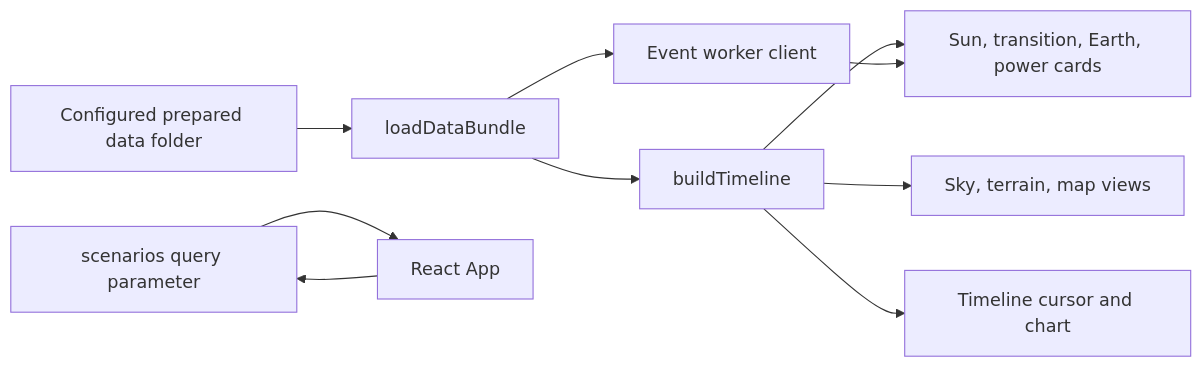
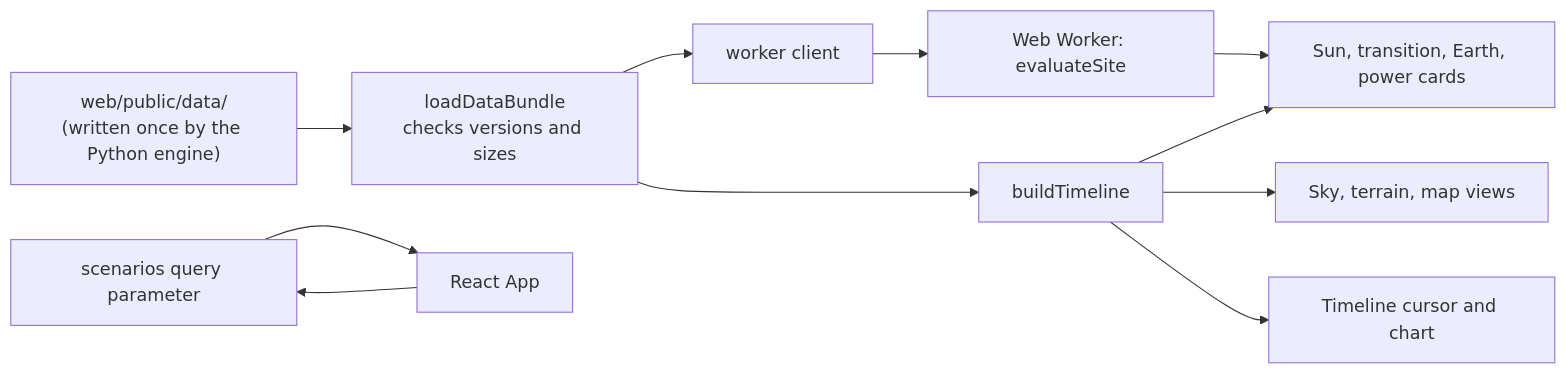
The first of 3 diagrams in docs/WEB_ARCHITECTURE.md (Yacin1102/Lunar-Landing-Site-Navigator), drawn with Mermaid before and after one commit. The commit also changed other lines of this file and 35 other files, not shown here.

First line of the commit message:
Audit the web engine against SPICE, Horizons and the Python engine; fix 13 findings

````diff
--- a/docs/WEB_ARCHITECTURE.md
+++ b/docs/WEB_ARCHITECTURE.md
@@ -16,12 +22,13 @@
 ```mermaid
 flowchart LR
-  Files[Configured prepared data folder] --> Loader[loadDataBundle]
+  Files["web/public/data/<br/>(written once by the Python engine)"] --> Loader[loadDataBundle<br/>checks versions and sizes]
   Loader --> Model[buildTimeline]
-  Model --> Cards[Sun, transition, Earth, power cards]
+  Loader --> Client[worker client]
+  Client --> Worker[Web Worker: evaluateSite]
+  Worker --> Cards[Sun, transition, Earth, power cards]
+  Model --> Cards
   Model --> Views[Sky, terrain, map views]
   Model --> Timeline[Timeline cursor and chart]
-  Loader --> Worker[Event worker client]
-  Worker --> Cards
   URL[scenarios query parameter] --> App[React App]
   App --> URL
 ```
````
